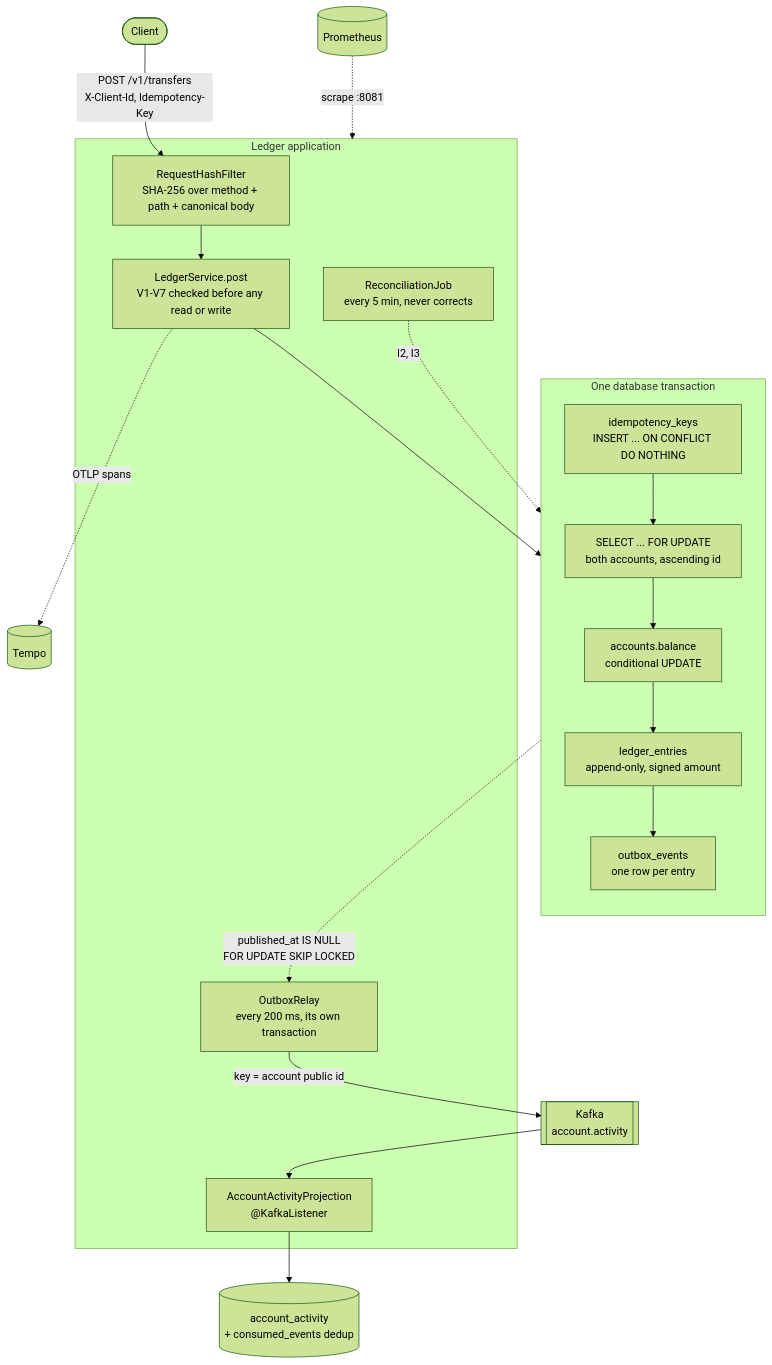
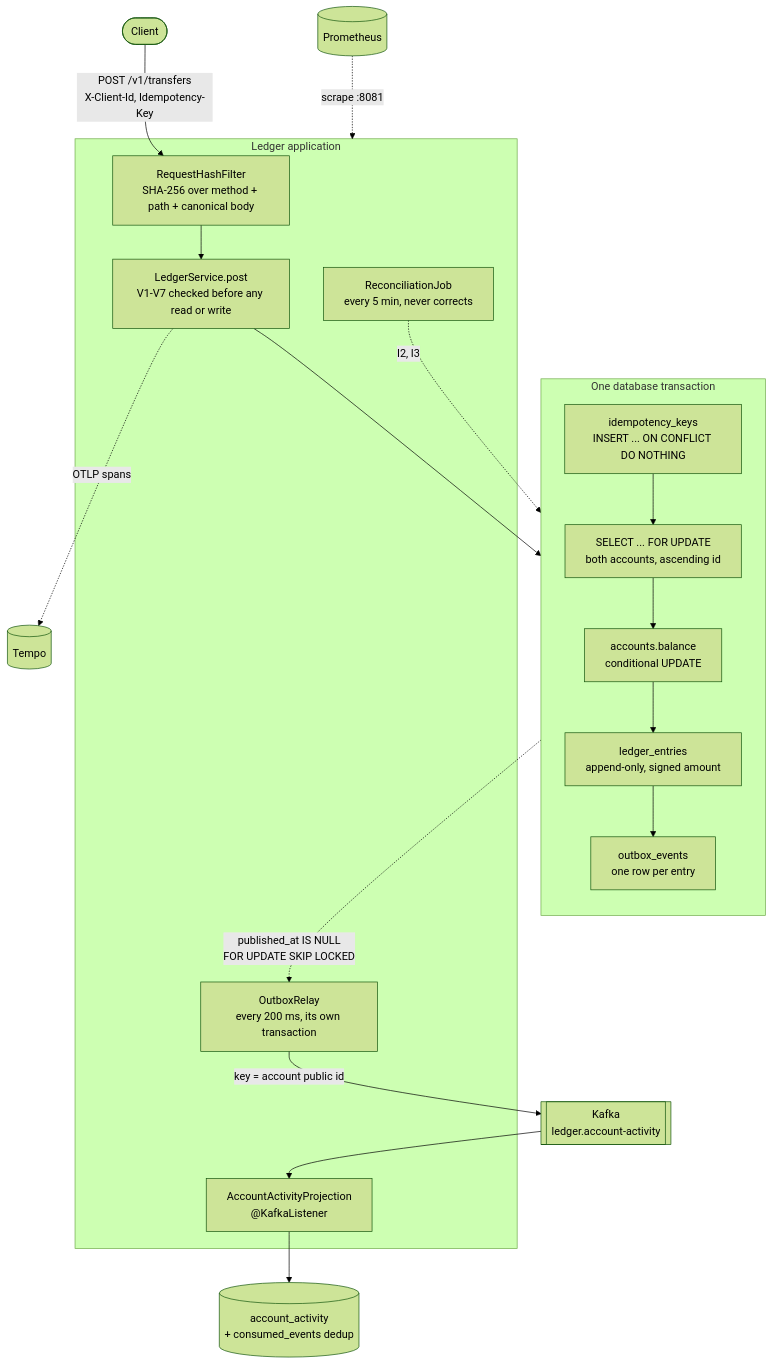
Before and after one commit to Baran-Ozkann/ledger-payment-core: the diagram in README.md, drawn with Mermaid (forest theme).

Commit message:
Name the activity topic in the README as the code declares it
The architecture diagram labelled the topic account.activity. EventTopics
declares ledger.account-activity, and a consumer took the diagram's name
at its word and subscribed to a topic that does not exist.

````diff
--- a/README.md
+++ b/README.md
@@ -23,33 +23,33 @@
 ```mermaid
 flowchart TB
     client([Client]) -->|"POST /v1/transfers<br/>X-Client-Id, Idempotency-Key"| filter
 
     subgraph app["Ledger application"]
         filter["RequestHashFilter<br/>SHA-256 over method + path + canonical body"]
         svc["LedgerService.post<br/>V1-V7 checked before any read or write"]
         relay["OutboxRelay<br/>every 200 ms, its own transaction"]
         proj["AccountActivityProjection<br/>@KafkaListener"]
         recon["ReconciliationJob<br/>every 5 min, never corrects"]
         filter --> svc
     end
 
     subgraph txn["One database transaction"]
         direction TB
         claim["idempotency_keys<br/>INSERT ... ON CONFLICT DO NOTHING"]
         lock["SELECT ... FOR UPDATE<br/>both accounts, ascending id"]
         bal["accounts.balance<br/>conditional UPDATE"]
         ent["ledger_entries<br/>append-only, signed amount"]
         obx["outbox_events<br/>one row per entry"]
         claim --> lock --> bal --> ent --> obx
     end
 
     svc --> claim
     obx -.->|"published_at IS NULL<br/>FOR UPDATE SKIP LOCKED"| relay
-    relay -->|"key = account public id"| kafka[["Kafka<br/>account.activity"]]
+    relay -->|"key = account public id"| kafka[["Kafka<br/>ledger.account-activity"]]
     kafka --> proj
     proj --> activity[("account_activity<br/>+ consumed_events dedup")]
     recon -.->|"I2, I3"| ent
 
     svc -.->|"OTLP spans"| tempo[(Tempo)]
     prom[(Prometheus)] -.->|"scrape :8081"| app
 ```
````
